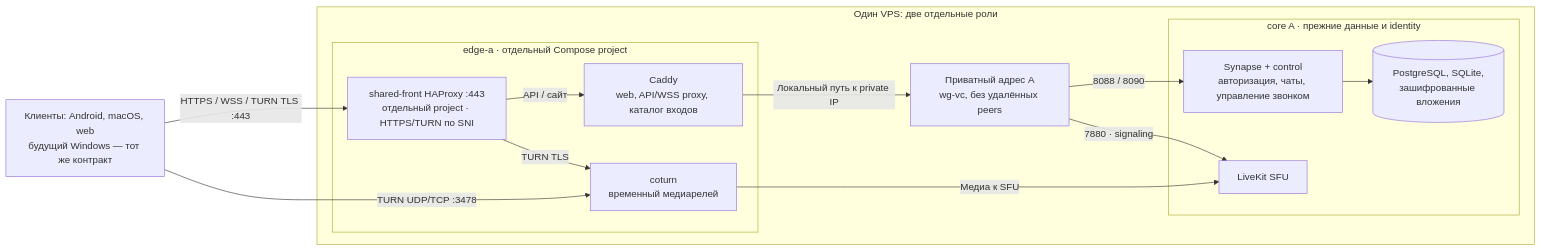
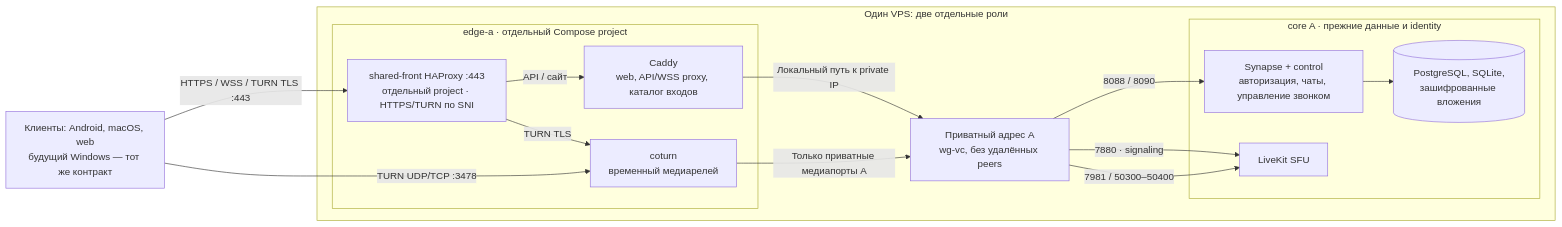
Before and after one commit to kerbermeister/voicechat: the first of 4 diagrams in docs/architecture/network-topology.md, drawn with Mermaid. The commit also changed other lines of this file and 16 other files, not shown here.

````diff
--- a/docs/architecture/network-topology.md
+++ b/docs/architecture/network-topology.md
@@ -13,26 +18,27 @@
 ```mermaid
 flowchart LR
     U["Клиенты: Android, macOS, web<br/>будущий Windows — тот же контракт"]
     subgraph VPS["Один VPS: две отдельные роли"]
         I["shared-front HAProxy :443<br/>отдельный project · HTTPS/TURN по SNI"]
         subgraph E["edge-a · отдельный Compose project"]
             W["Caddy<br/>web, API/WSS proxy, каталог входов"]
             T["coturn<br/>временный медиарелей"]
             I -->|"API / сайт"| W
             I -->|"TURN TLS"| T
         end
         P["Приватный адрес A<br/>wg-vc, без удалённых peers"]
         subgraph A["core A · прежние данные и identity"]
             API["Synapse + control<br/>авторизация, чаты, управление звонком"]
             SFU["LiveKit SFU"]
             DB[("PostgreSQL, SQLite,<br/>зашифрованные вложения")]
             API --> DB
         end
         W -->|"Локальный путь к private IP"| P
         P -->|"8088 / 8090"| API
         P -->|"7880 · signaling"| SFU
-        T -->|"Медиа к SFU"| SFU
+        T -->|"Только приватные медиапорты A"| P
+        P -->|"7981 / 50300–50400"| SFU
     end
     U -->|"HTTPS / WSS / TURN TLS :443"| I
     U -->|"TURN UDP/TCP :3478"| T
 ```
````
